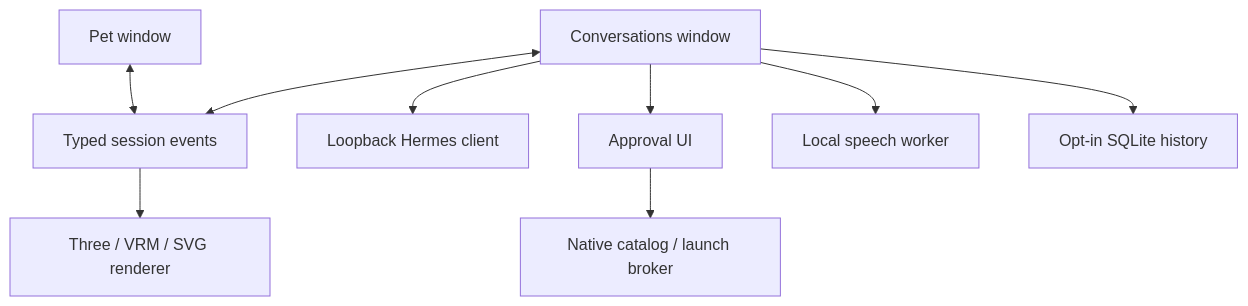
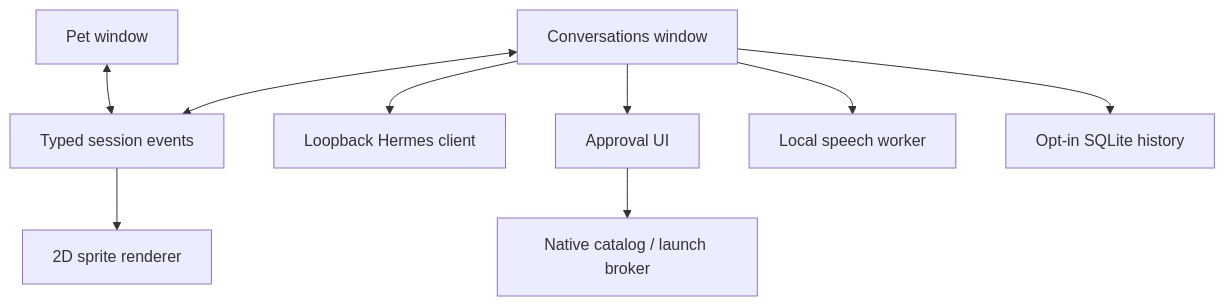
The diagram in docs/ARCHITECTURE.md (MasterAkbariDev/Mivuneko), drawn with Mermaid before and after one commit. The commit also changed other lines of this file and 68 other files, not shown here.

````diff
--- a/docs/ARCHITECTURE.md
+++ b/docs/ARCHITECTURE.md
@@ -4,11 +4,11 @@
 ```mermaid
 flowchart TD
  Pet[Pet window] <--> Events[Typed session events]
  Chat[Conversations window] <--> Events
  Chat --> Agent[Loopback Hermes client]
  Chat --> Consent[Approval UI]
  Consent --> Broker[Native catalog / launch broker]
  Chat --> Voice[Local speech worker]
  Chat --> History[Opt-in SQLite history]
- Events --> Renderer[Three / VRM / SVG renderer]
+ Events --> Renderer[2D sprite renderer]
 ```
````
